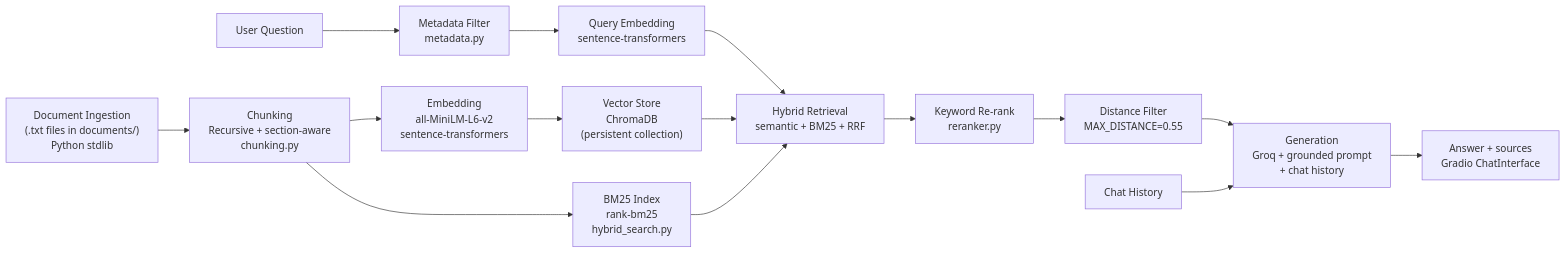
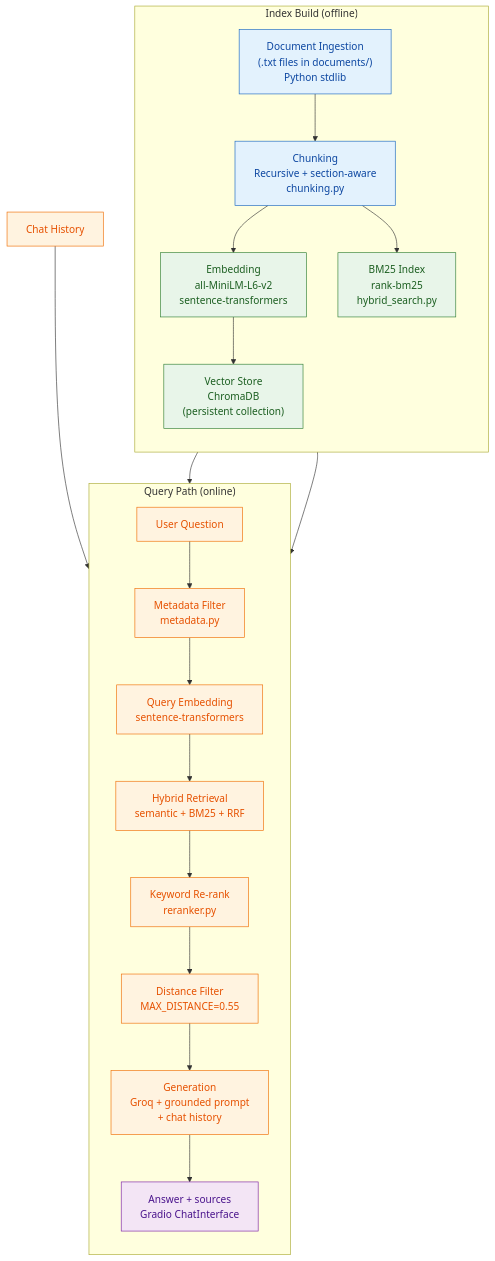
Before and after one commit to VishalPrasanna11/ai201-project1-unofficial-guide-starter: the diagram in README.md, drawn with Mermaid. The commit also changed other lines of this file and 4 other files, not shown here.

````diff
--- a/README.md
+++ b/README.md
@@ -63,17 +82,51 @@
 ```mermaid
-flowchart LR
-    A["Document Ingestion\n(.txt files in documents/)\nPython stdlib"] --> B["Chunking\nRecursive + section-aware\nchunking.py"]
-    B --> C["Embedding\nall-MiniLM-L6-v2\nsentence-transformers"]
-    B --> BM25["BM25 Index\nrank-bm25\nhybrid_search.py"]
-    C --> D["Vector Store\nChromaDB\n(persistent collection)"]
-    E["User Question"] --> Meta["Metadata Filter\nmetadata.py"]
-    Meta --> F["Query Embedding\nsentence-transformers"]
-    F --> G["Hybrid Retrieval\nsemantic + BM25 + RRF"]
+flowchart TB
+    subgraph offline ["Index Build (offline)"]
+        direction TB
+        A["Document Ingestion<br/>(.txt files in documents/)<br/>Python stdlib"]
+        B["Chunking<br/>Recursive + section-aware<br/>chunking.py"]
+        C["Embedding<br/>all-MiniLM-L6-v2<br/>sentence-transformers"]
+        BM25["BM25 Index<br/>rank-bm25<br/>hybrid_search.py"]
+        D["Vector Store<br/>ChromaDB<br/>(persistent collection)"]
+
+        A --> B
+        B --> C
+        B --> BM25
+        C --> D
+    end
+
+    subgraph online ["Query Path (online)"]
+        direction TB
+        E["User Question"]
+        Meta["Metadata Filter<br/>metadata.py"]
+        F["Query Embedding<br/>sentence-transformers"]
+        G["Hybrid Retrieval<br/>semantic + BM25 + RRF"]
+        Rerank["Keyword Re-rank<br/>reranker.py"]
+        Filter["Distance Filter<br/>MAX_DISTANCE=0.55"]
+        H["Generation<br/>Groq + grounded prompt<br/>+ chat history"]
+        I["Answer + sources<br/>Gradio ChatInterface"]
+
+        E --> Meta
+        Meta --> F
+        F --> G
+        G --> Rerank
+        Rerank --> Filter
+        Filter --> H
+        H --> I
+    end
+
     D --> G
     BM25 --> G
-    G --> Rerank["Keyword Re-rank\nreranker.py"]
-    Rerank --> Filter["Distance Filter\nMAX_DISTANCE=0.55"]
-    Filter --> H["Generation\nGroq + grounded prompt\n+ chat history"]
     History["Chat History"] --> H
-    H --> I["Answer + sources\nGradio ChatInterface"]
+
+    classDef ingest fill:#E3F2FD,stroke:#1565C0,color:#0D47A1
+    classDef index fill:#E8F5E9,stroke:#2E7D32,color:#1B5E20
+    classDef query fill:#FFF3E0,stroke:#EF6C00,color:#E65100
+    classDef output fill:#F3E5F5,stroke:#7B1FA2,color:#4A148C
+
+    class A,B ingest
+    class C,BM25,D index
+    class E,Meta,F,G,Rerank,Filter,H query
+    class I output
+    class History query
 ```
````
